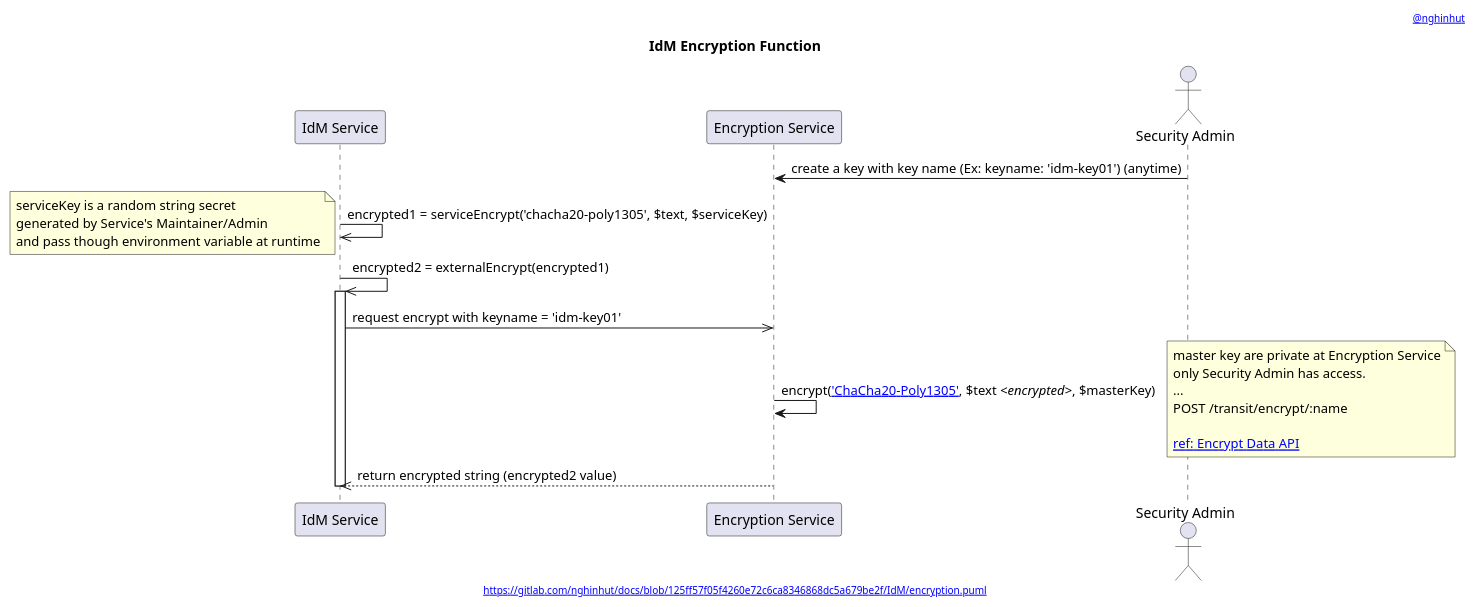
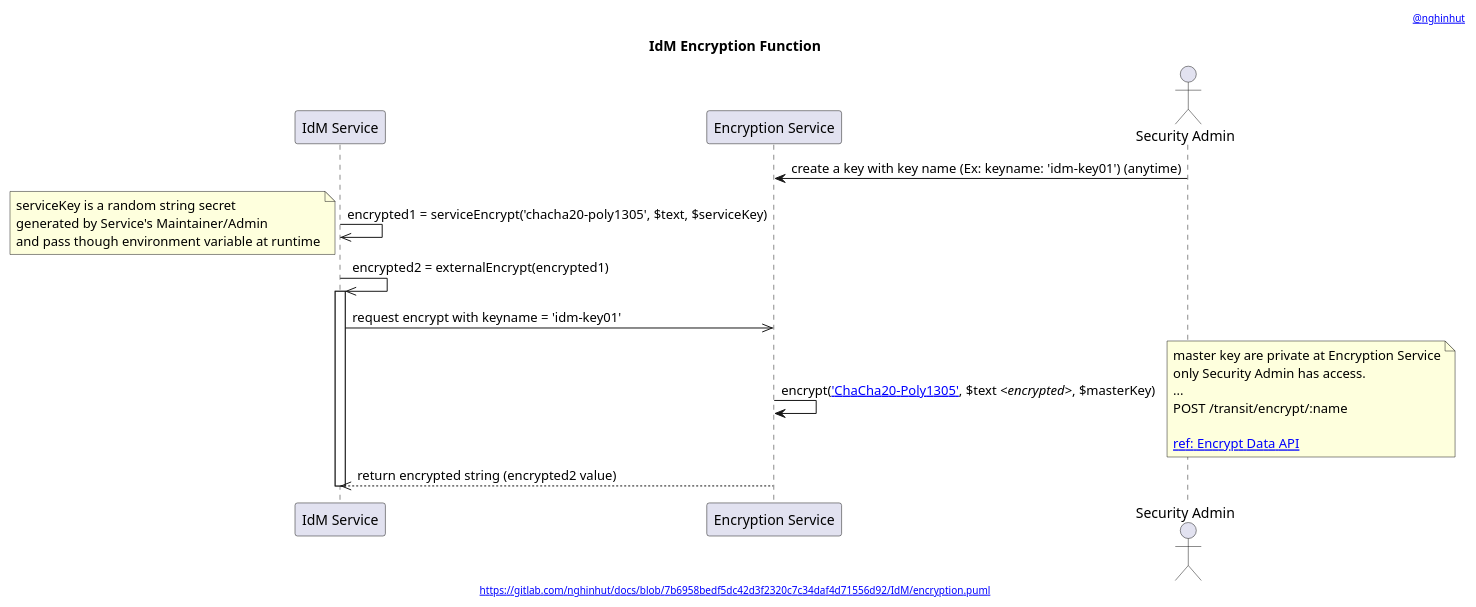
The diagram in IdM/encryption.function.puml (nghinhut/docs), drawn with PlantUML before and after one commit. The commit also changed 27 other files, not shown here.

```diff
--- a/IdM/encryption.function.puml
+++ b/IdM/encryption.function.puml
@@ -1,35 +1,35 @@
 @startuml
 '-----START auto generated metadata please keep comment here to allow auto update-----
 '-----DON'T EDIT THIS SECTION, INSTEAD RE-RUN prebuild.sh TO UPDATE-----
-header [[https://www.nghinhut.dev?from=http%5C%3A%5C%2F%5C%2Fwww%5C.plantuml%5C.com%5C%2Fplantuml%5C%2Fproxy%3Ffmt%3Dsvg%5C%26src%3Dhttps%5C%3A%5C%2F%5C%2Fgitlab%5C.com%5C%2Fnghinhut%5C%2Fdocs%5C%2Fraw%5C%2F125ff57f05f4260e72c6ca8346868dc5a679be2f%5C%2FIdM%5C%2Fencryption%5C.puml%0A @nghinhut]]
-footer [[http://www.plantuml.com/plantuml/proxy?fmt=svg&src=https://gitlab.com/nghinhut/docs/raw/125ff57f05f4260e72c6ca8346868dc5a679be2f/IdM/encryption.puml https://gitlab.com/nghinhut/docs/blob/125ff57f05f4260e72c6ca8346868dc5a679be2f/IdM/encryption.puml]]
+header [[https://www.nghinhut.dev?from=http%5C%3A%5C%2F%5C%2Fwww%5C.plantuml%5C.com%5C%2Fplantuml%5C%2Fproxy%3Ffmt%3Dsvg%5C%26src%3Dhttps%5C%3A%5C%2F%5C%2Fgitlab%5C.com%5C%2Fnghinhut%5C%2Fdocs%5C%2Fraw%5C%2F7b6958bedf5dc42d3f2320c7c34daf4d71556d92%5C%2FIdM%5C%2Fencryption%5C.puml%0A @nghinhut]]
+footer [[http://www.plantuml.com/plantuml/proxy?fmt=svg&src=https://gitlab.com/nghinhut/docs/raw/7b6958bedf5dc42d3f2320c7c34daf4d71556d92/IdM/encryption.puml https://gitlab.com/nghinhut/docs/blob/7b6958bedf5dc42d3f2320c7c34daf4d71556d92/IdM/encryption.puml]]
 '-----END auto generated metadata please keep comment here to allow auto update-----
 title IdM Encryption Function
 participant "IdM Service" as idm
 participant "Encryption Service" as es
 actor "Security Admin" as esAdmin
 
 es <- esAdmin : create a key with key name (Ex: keyname: 'idm-key01') (anytime)
 
 idm ->> idm : encrypted1 = serviceEncrypt('chacha20-poly1305', $text, $serviceKey)
 note left
     serviceKey is a random string secret
     generated by Service's Maintainer/Admin
     and pass though environment variable at runtime
 end note
 
 idm ->> idm : encrypted2 = externalEncrypt(encrypted1)
 activate idm
     idm ->> es : request encrypt with keyname = 'idm-key01'
         es -> es : encrypt([[https://www.vaultproject.io/docs/secrets/transit/index.html#chacha20-poly1305{ChaCha20-Poly1305 with a 256-bit key} 'ChaCha20-Poly1305']], $text //<encrypted>//, $masterKey)
         note right
             master key are private at Encryption Service
             only Security Admin has access.
             ...
             POST /transit/encrypt/:name
 
             [[https://www.vaultproject.io/api/secret/transit/index.html#encrypt-data ref: Encrypt Data API]]
         end note
     idm <<-- es : return encrypted string (encrypted2 value)
 deactivate idm
 @enduml
```
